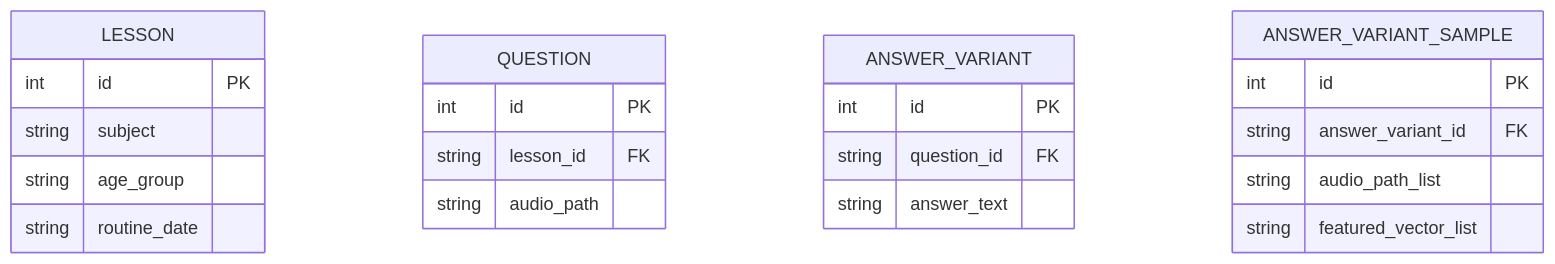
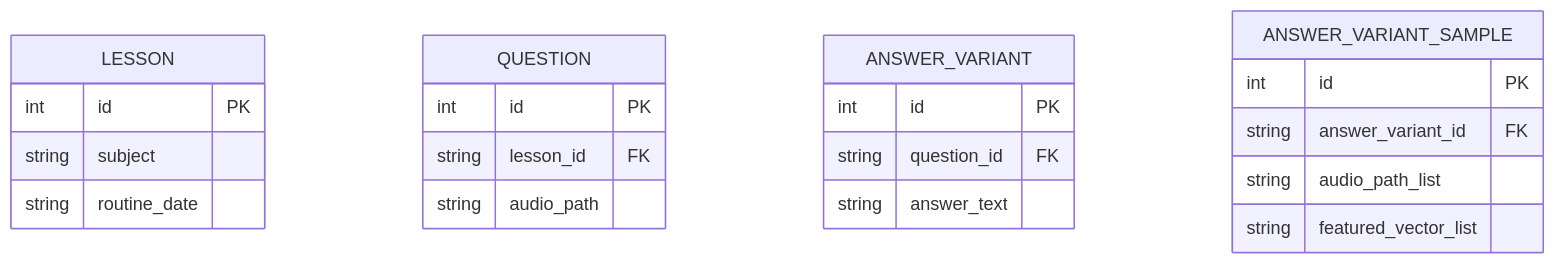
One commit to tanvirsaklan/setup-guides changed the third of 4 diagrams in talkiepanda.md. Above: the diagram before and after it, drawn with Mermaid. The commit also changed other lines of this file, not shown here.

````diff
--- a/talkiepanda.md
+++ b/talkiepanda.md
@@ -128,25 +128,24 @@
 ```mermaid
 erDiagram
     LESSON {
         int id PK
         string subject
-        string age_group
         string routine_date
     }
     QUESTION {
         int id PK
         string lesson_id FK
         string audio_path
     }
     ANSWER_VARIANT {
         int id PK
         string question_id FK
         string answer_text
     }
     ANSWER_VARIANT_SAMPLE {
         int id PK
         string answer_variant_id FK
         string audio_path_list
         string featured_vector_list
     }
 ```
````
